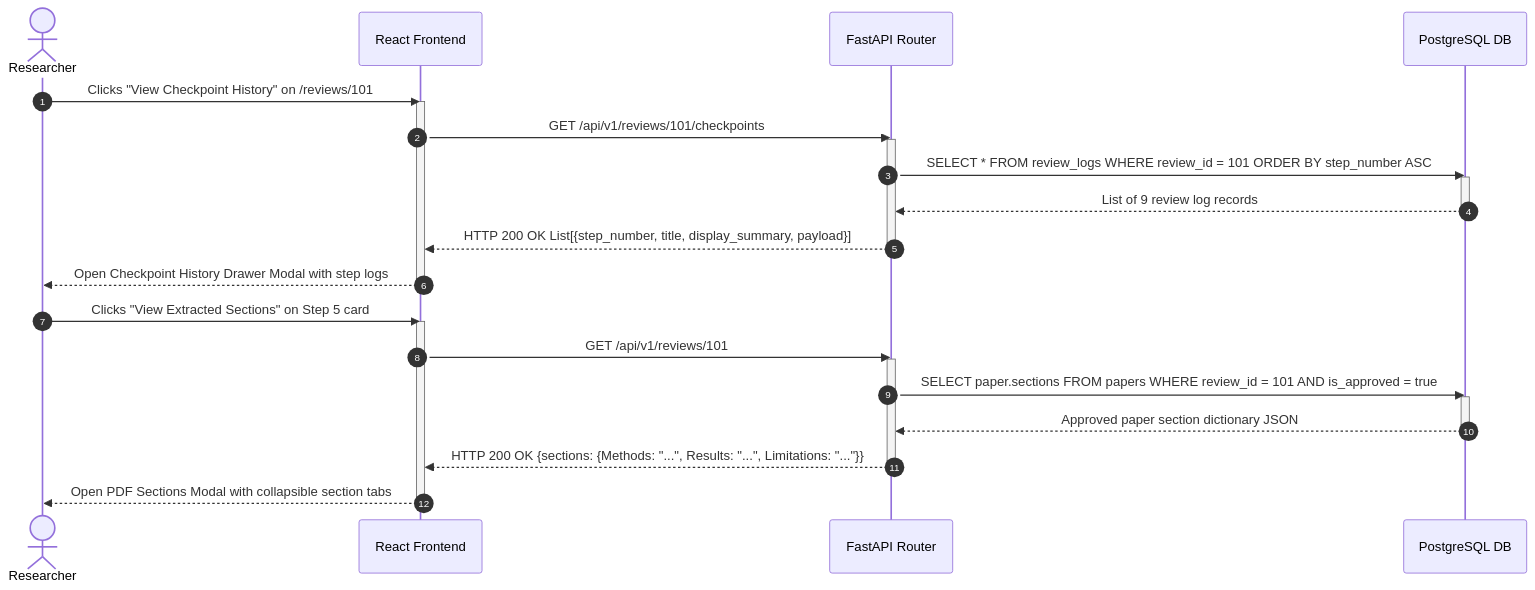
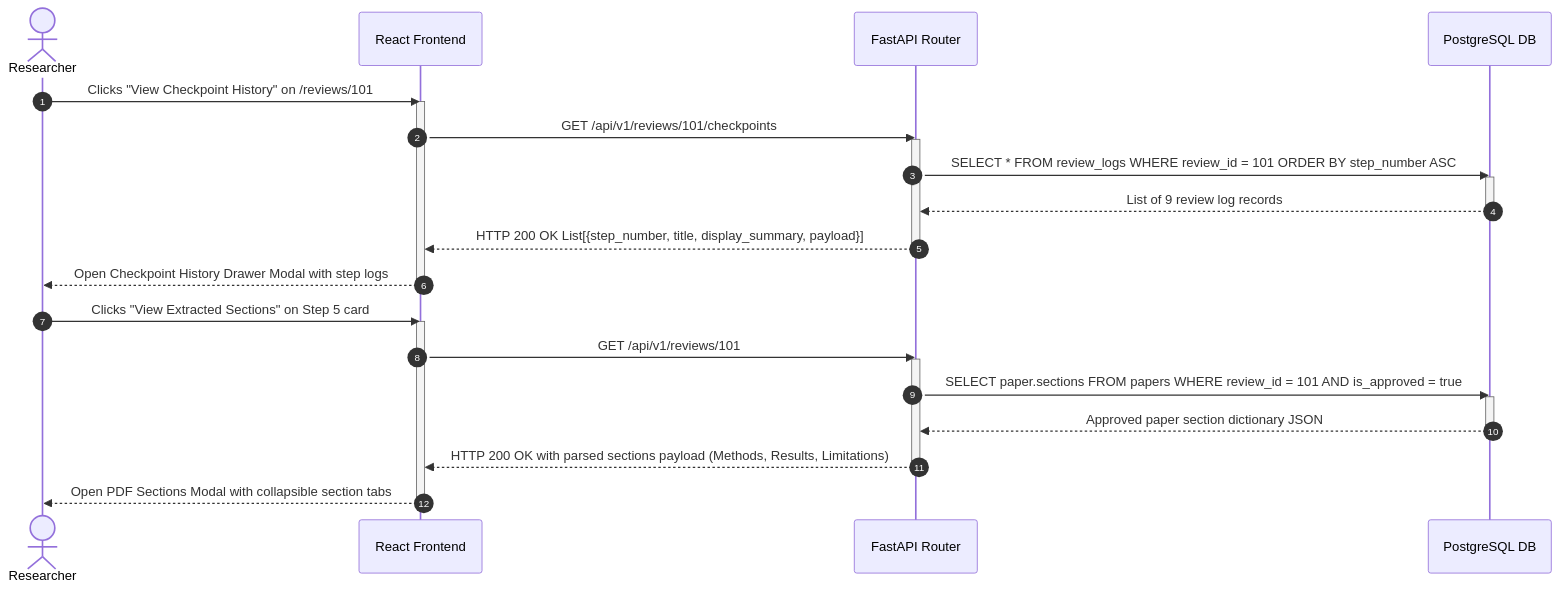
One commit to saumyashah0510/Multi-Agent-Research-System-Architecture changed the fifth of 7 diagrams in docs/diagrams/sequence.md. Above: the diagram before and after it, drawn with Mermaid. The commit also changed other lines of this file and 5 other files, not shown here.

Commit message:
docs: update multi-source resolver design, full-text gatekeeper, and fix mermaid diagrams

````diff
--- a/docs/diagrams/sequence.md
+++ b/docs/diagrams/sequence.md
@@ -235,34 +237,34 @@
 ```mermaid
 sequenceDiagram
     autonumber
     actor User as Researcher
     participant FE as React Frontend
     participant API as FastAPI Router
     participant DB as PostgreSQL DB
 
     User->>FE: Clicks "View Checkpoint History" on /reviews/101
     activate FE
     FE->>API: GET /api/v1/reviews/101/checkpoints
     activate API
     API->>DB: SELECT * FROM review_logs WHERE review_id = 101 ORDER BY step_number ASC
     activate DB
     DB-->>API: List of 9 review log records
     deactivate DB
     API-->>FE: HTTP 200 OK List[{step_number, title, display_summary, payload}]
     deactivate API
     FE-->>User: Open Checkpoint History Drawer Modal with step logs
     deactivate FE
 
     User->>FE: Clicks "View Extracted Sections" on Step 5 card
     activate FE
     FE->>API: GET /api/v1/reviews/101
     activate API
     API->>DB: SELECT paper.sections FROM papers WHERE review_id = 101 AND is_approved = true
     activate DB
     DB-->>API: Approved paper section dictionary JSON
     deactivate DB
-    API-->>FE: HTTP 200 OK {sections: {Methods: "...", Results: "...", Limitations: "..."}}
+    API-->>FE: HTTP 200 OK with parsed sections payload (Methods, Results, Limitations)
     deactivate API
     FE-->>User: Open PDF Sections Modal with collapsible section tabs
     deactivate FE
 ```
````
